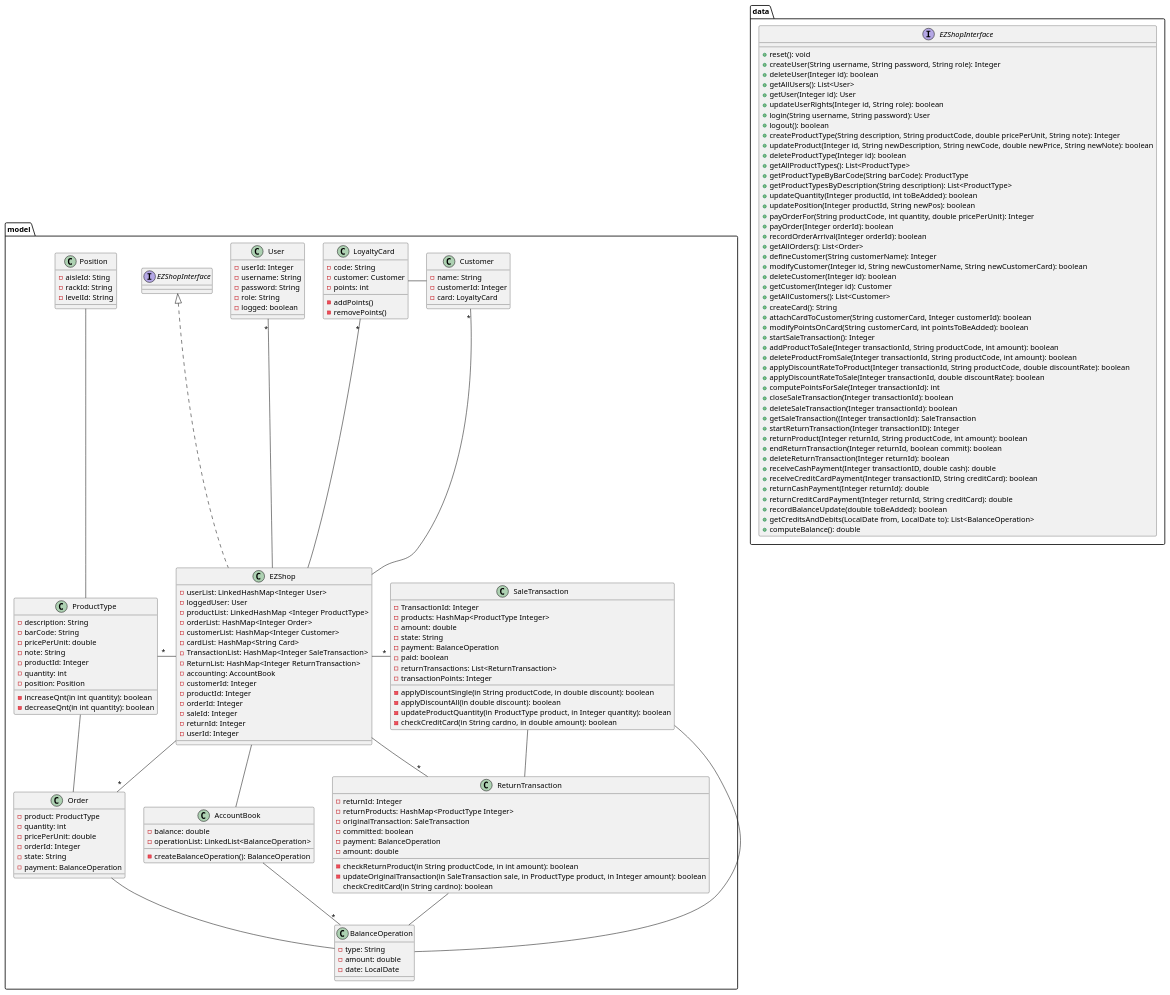
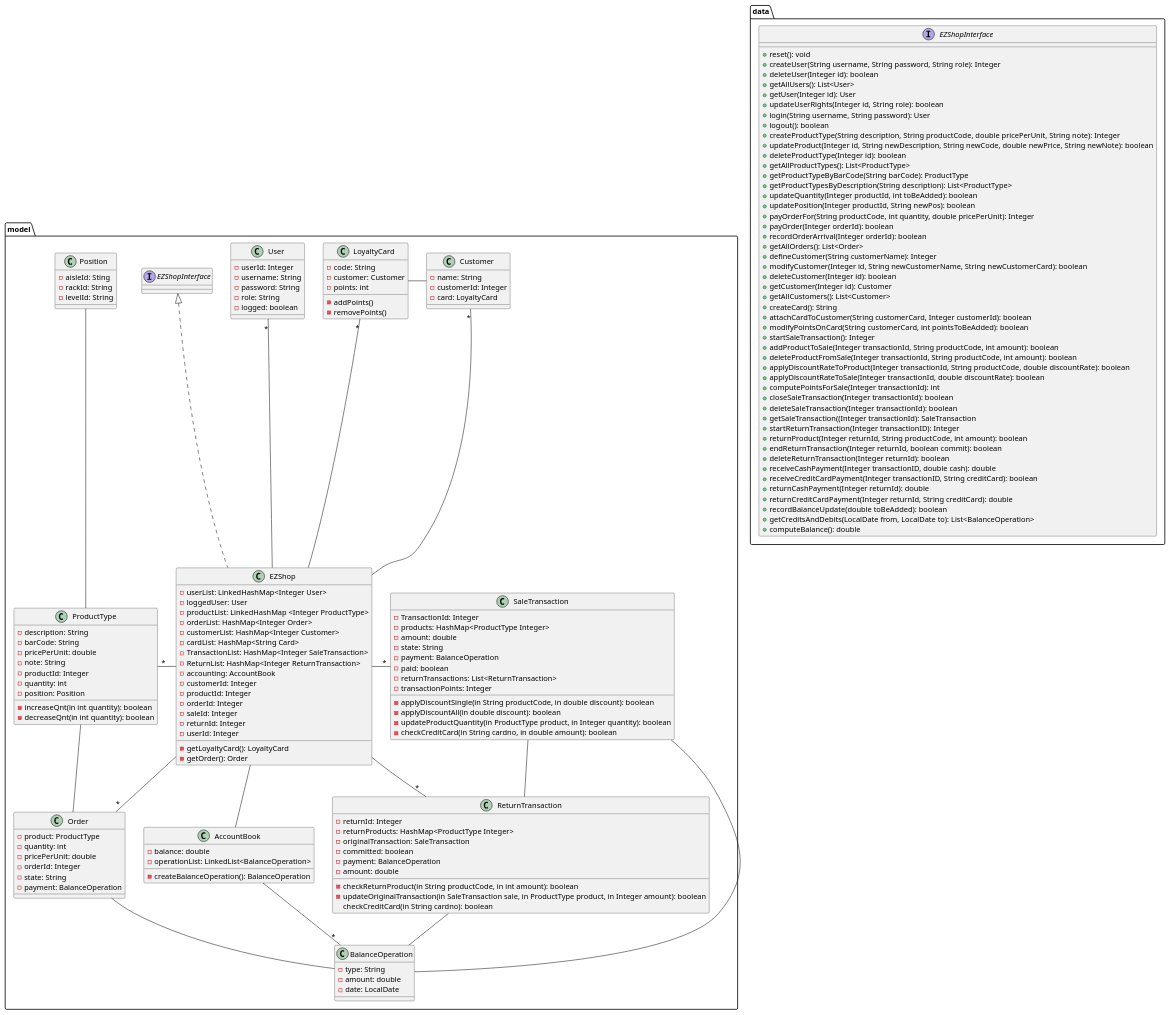
The second of 4 diagrams in Deliverables/DesignDocument.md (marco-ballario/EzShop), drawn with PlantUML before and after one commit.

Commit message:
docs: added methods to EZSHop

```diff
--- a/Deliverables/DesignDocument.md
+++ b/Deliverables/DesignDocument.md
@@ -119,6 +119,8 @@
 -saleId: Integer
 -returnId: Integer
 -userId: Integer
+-getLoyaltyCard(): LoyaltyCard
+-getOrder(): Order
 
 }
 class User{
```
